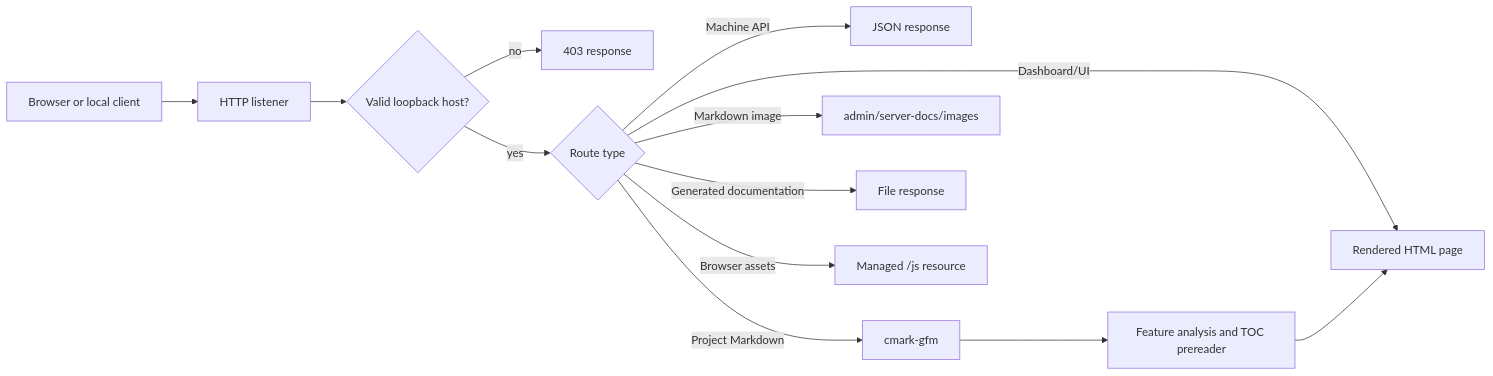
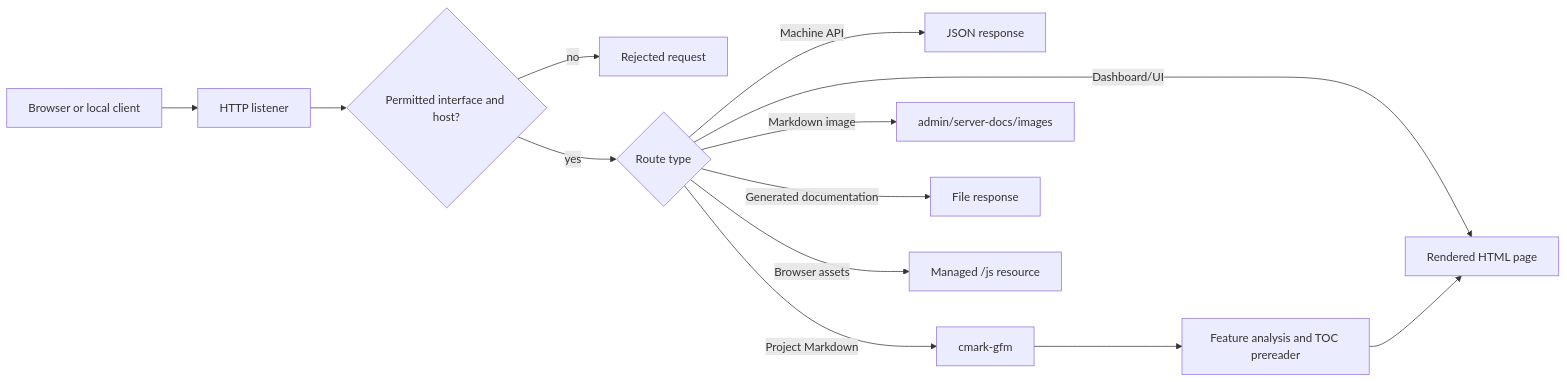
The first of 2 diagrams in admin/server-docs/server.md (adeccscholar/BuildEngine-Admin), drawn with Mermaid before and after one commit. The commit also changed other lines of this file, not shown here.

````diff
--- a/admin/server-docs/server.md
+++ b/admin/server-docs/server.md
@@ -54,15 +62,15 @@
 ```mermaid
 flowchart LR
    B[Browser or local client] --> H[HTTP listener]
-   H --> V{Valid loopback host?}
-   V -- no --> F[403 response]
+   H --> V{Permitted interface and host?}
+   V -- no --> F[Rejected request]
    V -- yes --> R{Route type}
    R -->|Machine API| J[JSON response]
    R -->|Dashboard/UI| P[Rendered HTML page]
    R -->|Project Markdown| M[cmark-gfm]
    M --> A[Feature analysis and TOC prereader]
    A --> P
    R -->|Markdown image| I[admin/server-docs/images]
    R -->|Generated documentation| S[File response]
    R -->|Browser assets| W[Managed /js resource]
 ```
````
